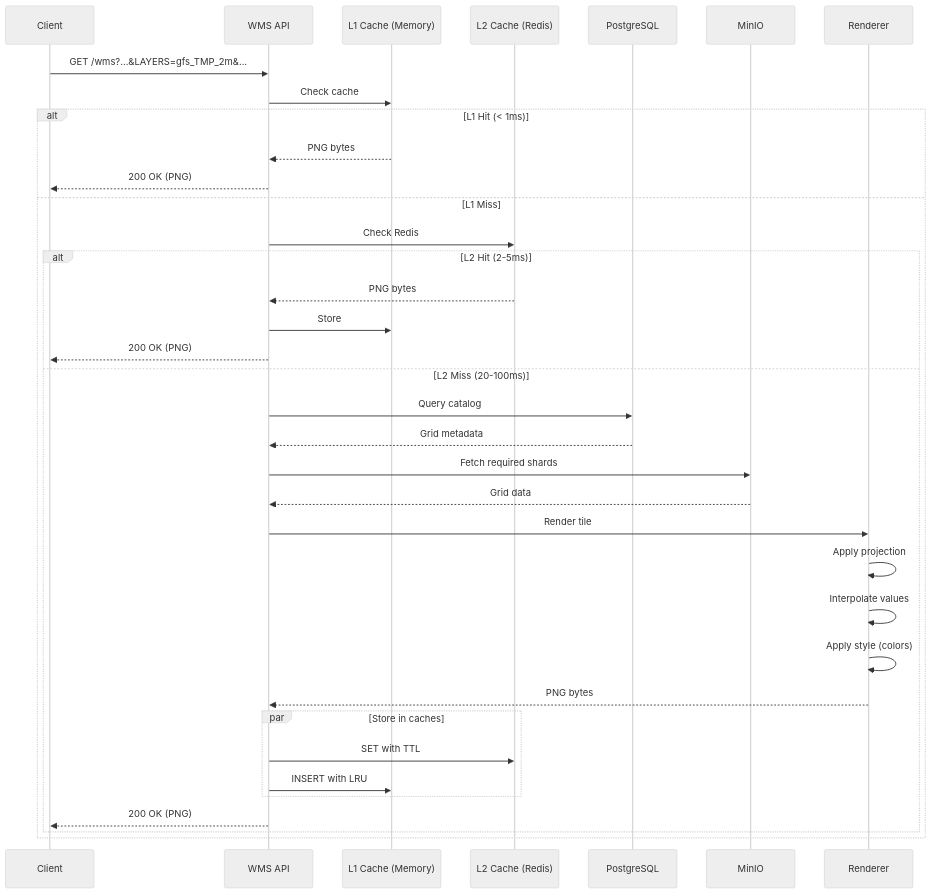
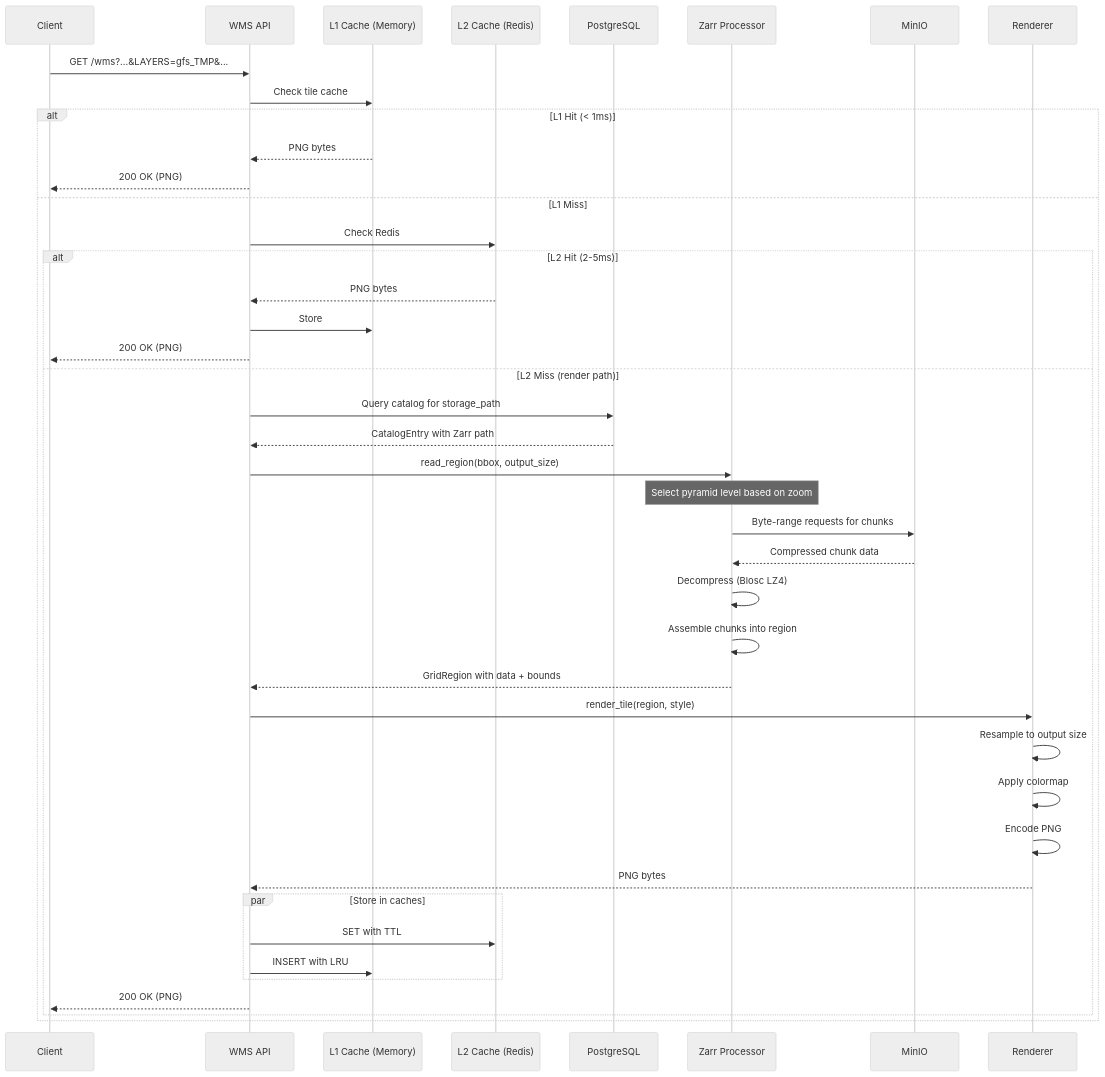
Before and after one commit to JoegottabeGitenme/JoeGCServices: the second of 2 diagrams in docs/src/architecture/data-flow.md, drawn with Mermaid (neutral theme). The commit also changed other lines of this file and 9 other files, not shown here.

Commit message:
fixed up the rest of the GFS layers and levels updated docs with some stuff about zarr pyramid tiling and grid processor among other bits

````diff
--- a/docs/src/architecture/data-flow.md
+++ b/docs/src/architecture/data-flow.md
@@ -292,44 +233,50 @@
 ```mermaid
 sequenceDiagram
     participant Client
     participant API as WMS API
     participant L1 as L1 Cache (Memory)
     participant L2 as L2 Cache (Redis)
     participant PG as PostgreSQL
+    participant Zarr as Zarr Processor
     participant MinIO
     participant Renderer
     
-    Client->>API: GET /wms?...&LAYERS=gfs_TMP_2m&...
+    Client->>API: GET /wms?...&LAYERS=gfs_TMP&...
     
-    API->>L1: Check cache
+    API->>L1: Check tile cache
     alt L1 Hit (< 1ms)
         L1-->>API: PNG bytes
         API-->>Client: 200 OK (PNG)
     else L1 Miss
         API->>L2: Check Redis
         alt L2 Hit (2-5ms)
             L2-->>API: PNG bytes
             API->>L1: Store
             API-->>Client: 200 OK (PNG)
-        else L2 Miss (20-100ms)
-            API->>PG: Query catalog
-            PG-->>API: Grid metadata
+        else L2 Miss (render path)
+            API->>PG: Query catalog for storage_path
+            PG-->>API: CatalogEntry with Zarr path
             
-            API->>MinIO: Fetch required shards
-            MinIO-->>API: Grid data
+            API->>Zarr: read_region(bbox, output_size)
+            Note over Zarr: Select pyramid level based on zoom
+            Zarr->>MinIO: Byte-range requests for chunks
+            MinIO-->>Zarr: Compressed chunk data
+            Zarr->>Zarr: Decompress (Blosc LZ4)
+            Zarr->>Zarr: Assemble chunks into region
+            Zarr-->>API: GridRegion with data + bounds
             
-            API->>Renderer: Render tile
-            Renderer->>Renderer: Apply projection
-            Renderer->>Renderer: Interpolate values
-            Renderer->>Renderer: Apply style (colors)
+            API->>Renderer: render_tile(region, style)
+            Renderer->>Renderer: Resample to output size
+            Renderer->>Renderer: Apply colormap
+            Renderer->>Renderer: Encode PNG
             Renderer-->>API: PNG bytes
             
             par Store in caches
                 API->>L2: SET with TTL
                 API->>L1: INSERT with LRU
             end
             
             API-->>Client: 200 OK (PNG)
         end
     end
 ```
````
